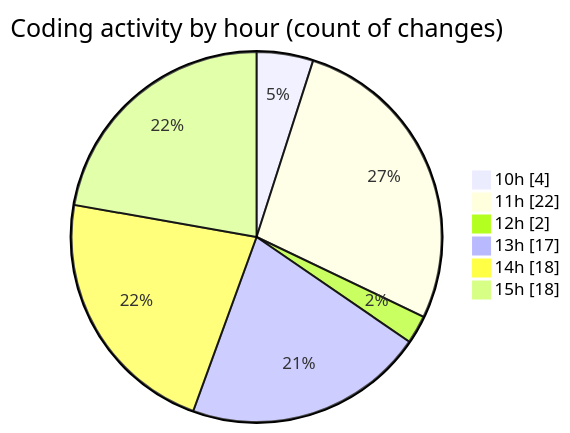
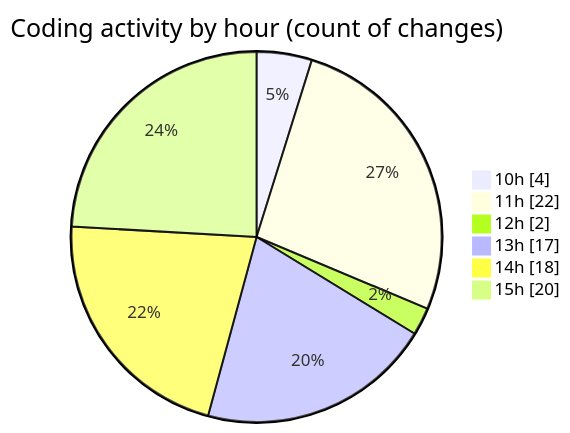
One commit to nxtqubesakshisongat/code-tracking changed the second of 2 diagrams in 2025-09-15/nxtqube_webapp/README.md. Above: the diagram before and after it, drawn with Mermaid. The commit also changed other lines of this file and 1 other file, not shown here.

````diff
--- a/2025-09-15/nxtqube_webapp/README.md
+++ b/2025-09-15/nxtqube_webapp/README.md
@@ -31,10 +31,10 @@
 ```mermaid
 pie showData
 title Coding activity by hour (count of changes)
 "10h" : 4
 "11h" : 22
 "12h" : 2
 "13h" : 17
 "14h" : 18
-"15h" : 18
+"15h" : 20
 ```
````
